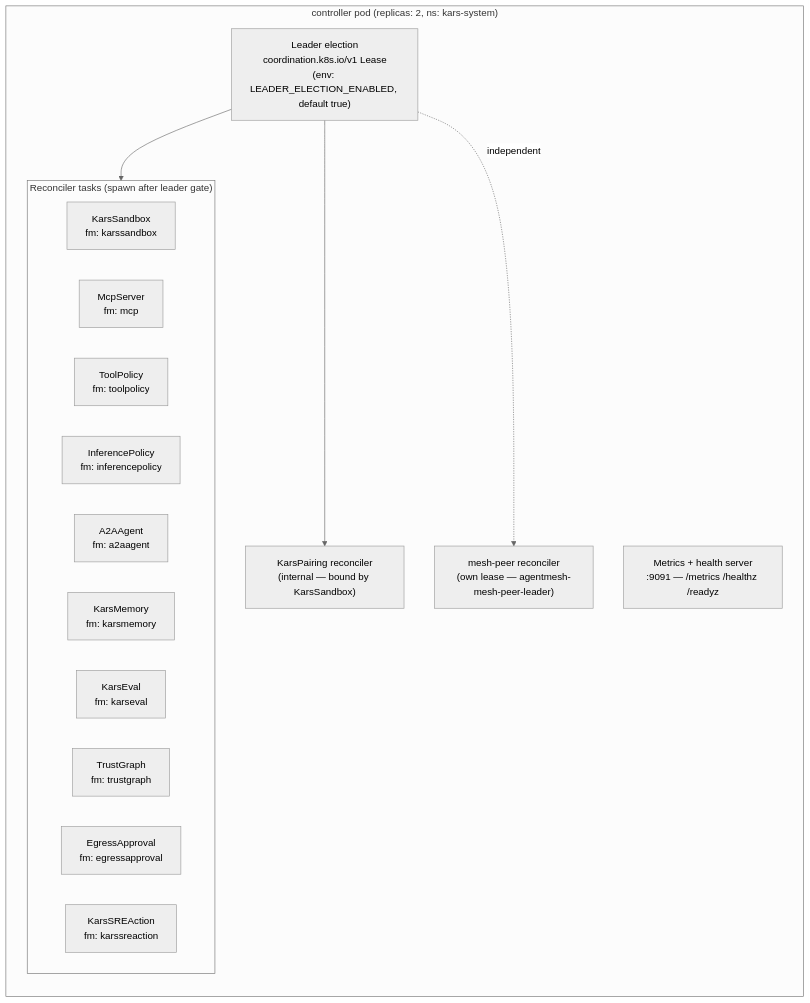
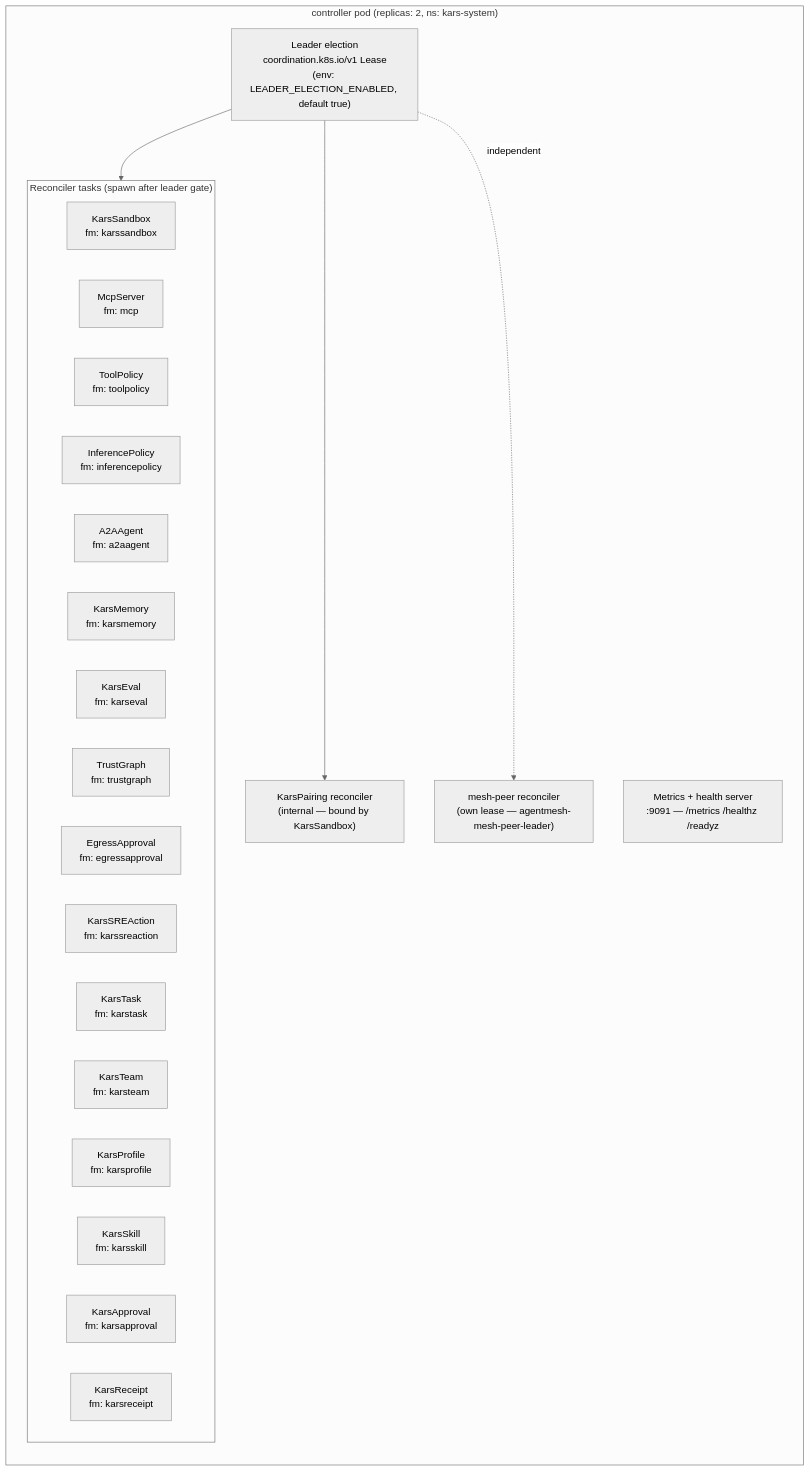
One commit to Azure/kars changed the second of 7 diagrams in docs/api/lifecycle.md. Above: the diagram before and after it, drawn with Mermaid (neutral theme). The commit also changed other lines of this file and 29 other files, not shown here.

````diff
--- a/docs/api/lifecycle.md
+++ b/docs/api/lifecycle.md
@@ -65,26 +69,32 @@
 ```mermaid
 graph TD
   subgraph operator["controller pod (replicas: 2, ns: kars-system)"]
     direction TB
     LE["Leader election<br/>coordination.k8s.io/v1 Lease<br/>(env: LEADER_ELECTION_ENABLED, default true)"]
     subgraph reconcilers["Reconciler tasks (spawn after leader gate)"]
       direction LR
       R1["KarsSandbox<br/>fm: karssandbox"]
       R2["McpServer<br/>fm: mcp"]
       R3["ToolPolicy<br/>fm: toolpolicy"]
       R4["InferencePolicy<br/>fm: inferencepolicy"]
       R5["A2AAgent<br/>fm: a2aagent"]
       R6["KarsMemory<br/>fm: karsmemory"]
       R7["KarsEval<br/>fm: karseval"]
       R8["TrustGraph<br/>fm: trustgraph"]
       R9["EgressApproval<br/>fm: egressapproval"]
       R11["KarsSREAction<br/>fm: karssreaction"]
+      R12["KarsTask<br/>fm: karstask"]
+      R13["KarsTeam<br/>fm: karsteam"]
+      R14["KarsProfile<br/>fm: karsprofile"]
+      R15["KarsSkill<br/>fm: karsskill"]
+      R16["KarsApproval<br/>fm: karsapproval"]
+      R17["KarsReceipt<br/>fm: karsreceipt"]
     end
     R10["KarsPairing reconciler<br/>(internal — bound by KarsSandbox)"]
     MESH["mesh-peer reconciler<br/>(own lease — agentmesh-mesh-peer-leader)"]
     METR["Metrics + health server<br/>:9091 — /metrics /healthz /readyz"]
   end
   LE --> reconcilers
   LE --> R10
   LE -.->|independent| MESH
 ```
````
